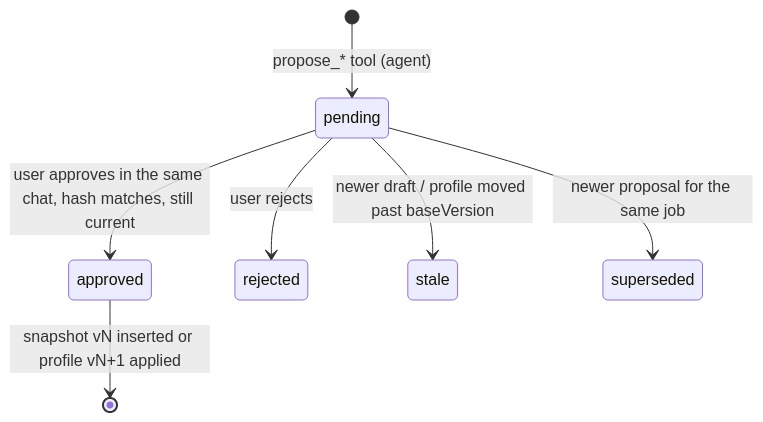
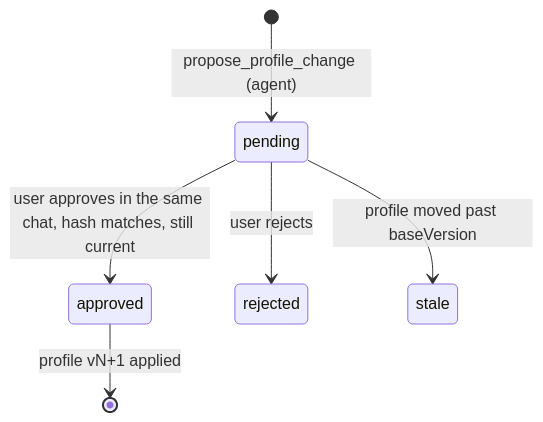
One commit to pppdns/job-agent-mastra changed the sixth of 13 diagrams in docs/architecture.md. Above: the diagram before and after it, drawn with Mermaid. The commit also changed other lines of this file and 9 other files, not shown here.

````diff
--- a/docs/architecture.md
+++ b/docs/architecture.md
@@ -195,9 +193,8 @@
 ```mermaid
 stateDiagram-v2
-  [*] --> pending: propose_* tool (agent)
+  [*] --> pending: propose_profile_change (agent)
   pending --> approved: user approves in the same chat, hash matches, still current
   pending --> rejected: user rejects
-  pending --> stale: newer draft / profile moved past baseVersion
-  pending --> superseded: newer proposal for the same job
-  approved --> [*]: snapshot vN inserted or profile vN+1 applied
+  pending --> stale: profile moved past baseVersion
+  approved --> [*]: profile vN+1 applied
 ```
````
